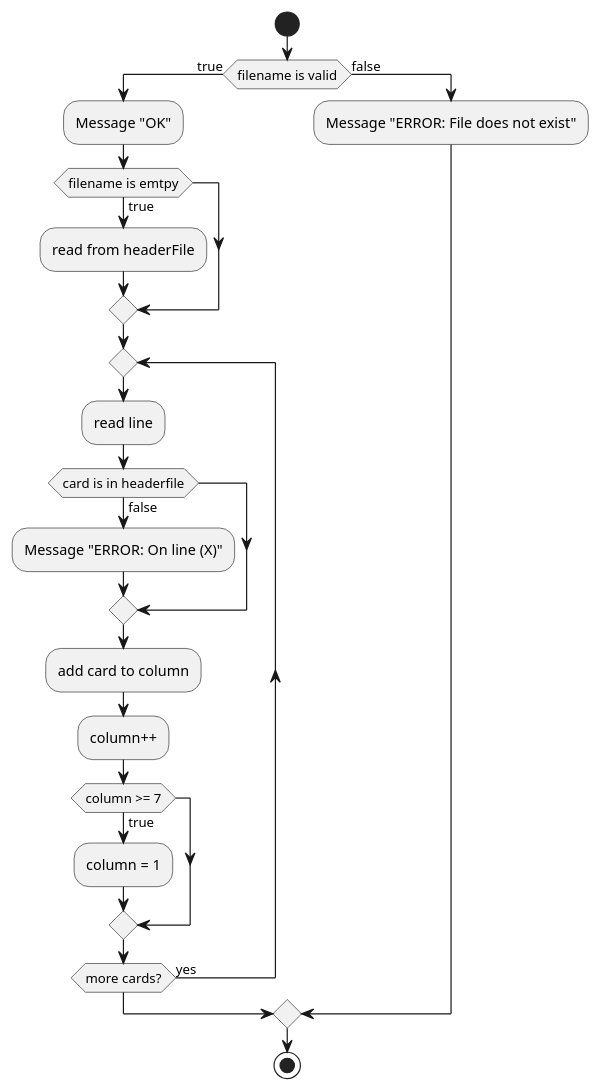
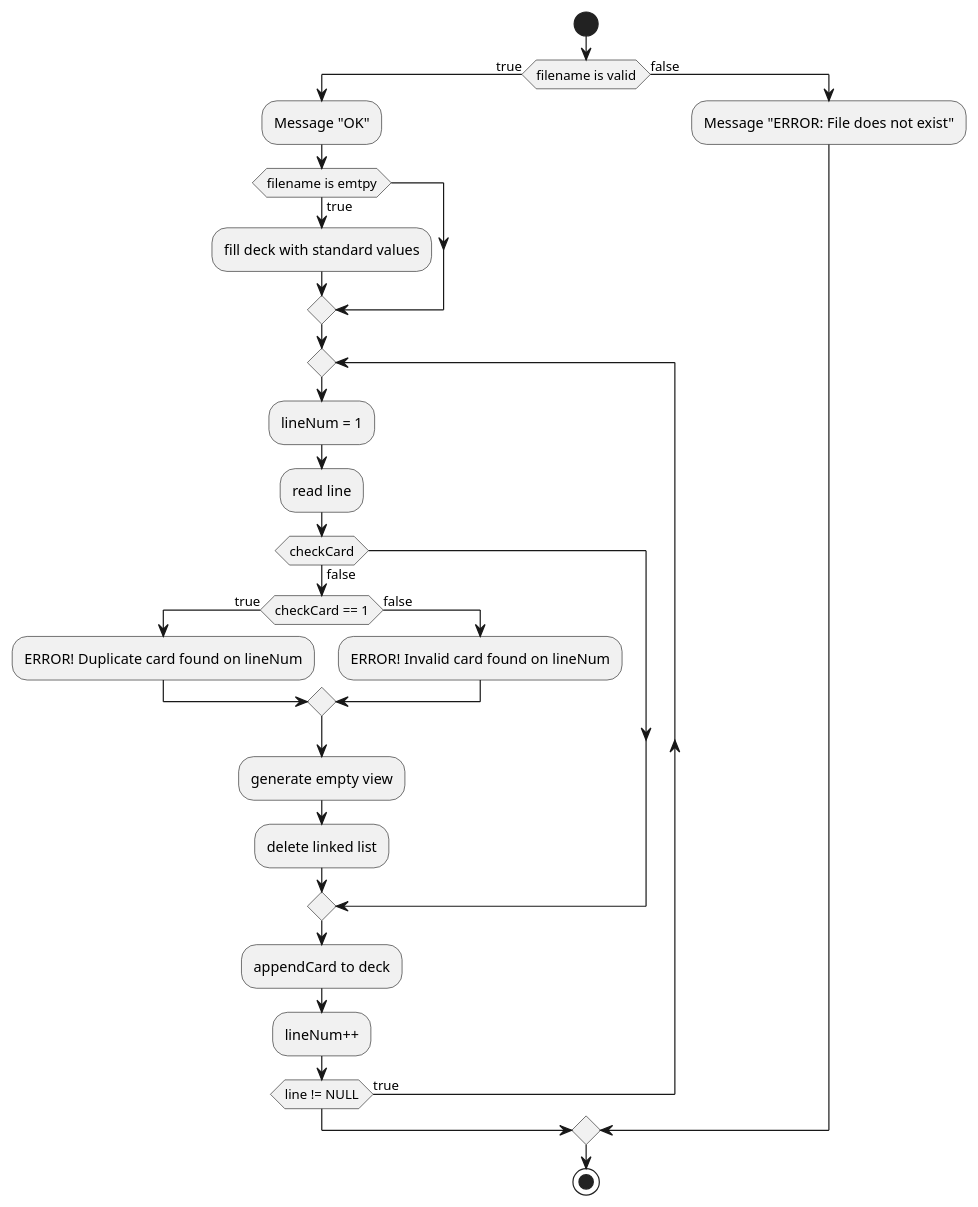
Before and after one commit to MikaelFangel/Yukon: the diagram in diagrams/ld_activity.puml, drawn with PlantUML.

Commit message:
updated ld to fits implementation

```diff
--- a/diagrams/ld_activity.puml
+++ b/diagrams/ld_activity.puml
@@ -1,26 +1,30 @@
 @startuml
 
 start
 if (filename is valid) then (true)
     :Message "OK";
     if(filename is emtpy) then (true)
-        :read from headerFile;
+        :fill deck with standard values;
     endif
     repeat
+    :lineNum = 1;
     :read line;
-    if(card is in headerfile) then (false)
-        :Message "ERROR: On line (X)";
+    if(checkCard) then (false)
+    if (checkCard == 1) is (true) then
+      :ERROR! Duplicate card found on lineNum;
+    else (false)
+      :ERROR! Invalid card found on lineNum;
     endif
-    :add card to column;
-    :column++;
-    if(column >= 7) then (true)
-        :column = 1;
-    endif;
-    repeat while (more cards?) is (yes)
+    :generate empty view;
+    :delete linked list;
+    endif
+    :appendCard to deck;
+    :lineNum++;
+    repeat while (line != NULL) is (true)
 
 else (false)
     :Message "ERROR: File does not exist";
 endif
 stop
 
 @enduml
```
